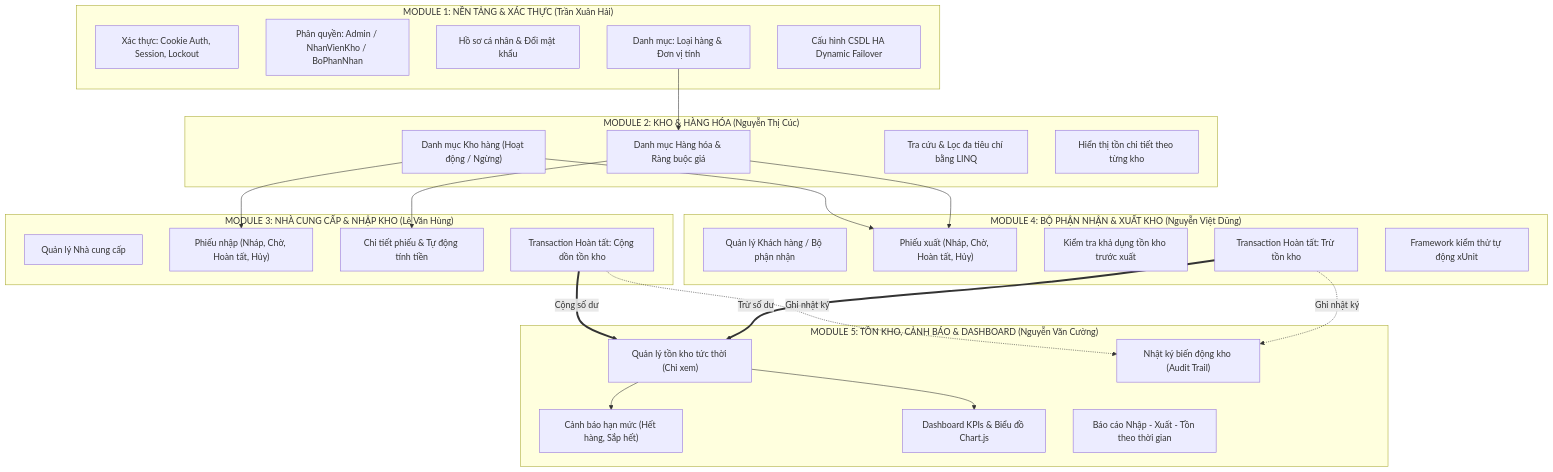
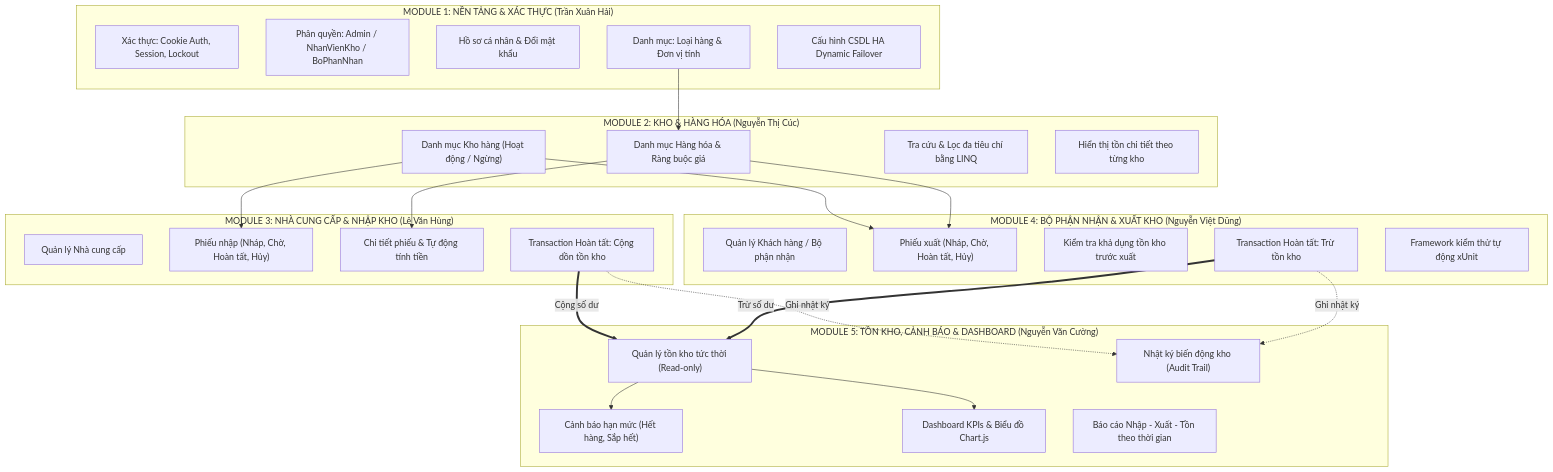
One commit to xuanhaivptthn/QuanLyKhoHang_UNETI01_TI17A3HN changed the first of 2 diagrams in README.md. Above: the diagram before and after it, drawn with Mermaid. The commit also changed other lines of this file and 11 other files, not shown here.

Commit message:
[23103100135-Trần Xuân Hải][Tài liệu] Bóc tách và chuẩn hóa README.md thành các tài liệu chuyên đề và module độc lập trong docs

````diff
--- a/README.md
+++ b/README.md
@@ -479,52 +48,52 @@
 ```mermaid
 graph TD
- subgraph M1["MODULE 1: NỀN TẢNG & XÁC THỰC (Trần Xuân Hải)"]
- M1_Auth["Xác thực: Cookie Auth, Session, Lockout"]
- M1_Role["Phân quyền: Admin / NhanVienKho / BoPhanNhan"]
- M1_Profile["Hồ sơ cá nhân & Đổi mật khẩu"]
- M1_Catalog["Danh mục: Loại hàng & Đơn vị tính"]
- M1_Failover["Cấu hình CSDL HA Dynamic Failover"]
- end
+    subgraph M1["MODULE 1: NỀN TẢNG & XÁC THỰC (Trần Xuân Hải)"]
+        M1_Auth["Xác thực: Cookie Auth, Session, Lockout"]
+        M1_Role["Phân quyền: Admin / NhanVienKho / BoPhanNhan"]
+        M1_Profile["Hồ sơ cá nhân & Đổi mật khẩu"]
+        M1_Catalog["Danh mục: Loại hàng & Đơn vị tính"]
+        M1_Failover["Cấu hình CSDL HA Dynamic Failover"]
+    end
 
- subgraph M2["MODULE 2: KHO & HÀNG HÓA (Nguyễn Thị Cúc)"]
- M2_Kho["Danh mục Kho hàng (Hoạt động / Ngừng)"]
- M2_HangHoa["Danh mục Hàng hóa & Ràng buộc giá"]
- M2_Search["Tra cứu & Lọc đa tiêu chí bằng LINQ"]
- M2_TonKhoTheoKho["Hiển thị tồn chi tiết theo từng kho"]
- end
+    subgraph M2["MODULE 2: KHO & HÀNG HÓA (Nguyễn Thị Cúc)"]
+        M2_Kho["Danh mục Kho hàng (Hoạt động / Ngừng)"]
+        M2_HangHoa["Danh mục Hàng hóa & Ràng buộc giá"]
+        M2_Search["Tra cứu & Lọc đa tiêu chí bằng LINQ"]
+        M2_TonKhoTheoKho["Hiển thị tồn chi tiết theo từng kho"]
+    end
 
- subgraph M3["MODULE 3: NHÀ CUNG CẤP & NHẬP KHO (Lê Văn Hùng)"]
- M3_NCC["Quản lý Nhà cung cấp"]
- M3_PhieuNhap["Phiếu nhập (Nháp, Chờ, Hoàn tất, Hủy)"]
- M3_ChiTiet["Chi tiết phiếu & Tự động tính tiền"]
- M3_CongTon["Transaction Hoàn tất: Cộng dồn tồn kho"]
- end
+    subgraph M3["MODULE 3: NHÀ CUNG CẤP & NHẬP KHO (Lê Văn Hùng)"]
+        M3_NCC["Quản lý Nhà cung cấp"]
+        M3_PhieuNhap["Phiếu nhập (Nháp, Chờ, Hoàn tất, Hủy)"]
+        M3_ChiTiet["Chi tiết phiếu & Tự động tính tiền"]
+        M3_CongTon["Transaction Hoàn tất: Cộng dồn tồn kho"]
+    end
 
- subgraph M4["MODULE 4: BỘ PHẬN NHẬN & XUẤT KHO (Nguyễn Việt Dũng)"]
- M4_BPN["Quản lý Khách hàng / Bộ phận nhận"]
- M4_PhieuXuat["Phiếu xuất (Nháp, Chờ, Hoàn tất, Hủy)"]
- M4_KiemTraTon["Kiểm tra khả dụng tồn kho trước xuất"]
- M4_TruTon["Transaction Hoàn tất: Trừ tồn kho"]
- M4_Testing["Framework kiểm thử tự động xUnit"]
- end
+    subgraph M4["MODULE 4: BỘ PHẬN NHẬN & XUẤT KHO (Nguyễn Việt Dũng)"]
+        M4_BPN["Quản lý Khách hàng / Bộ phận nhận"]
+        M4_PhieuXuat["Phiếu xuất (Nháp, Chờ, Hoàn tất, Hủy)"]
+        M4_KiemTraTon["Kiểm tra khả dụng tồn kho trước xuất"]
+        M4_TruTon["Transaction Hoàn tất: Trừ tồn kho"]
+        M4_Testing["Framework kiểm thử tự động xUnit"]
+    end
 
- subgraph M5["MODULE 5: TỒN KHO, CẢNH BÁO & DASHBOARD (Nguyễn Văn Cường)"]
- M5_TonKho["Quản lý tồn kho tức thời (Chỉ xem)"]
- M5_CanhBao["Cảnh báo hạn mức (Hết hàng, Sắp hết)"]
- M5_LichSu["Nhật ký biến động kho (Audit Trail)"]
- M5_Dashboard["Dashboard KPIs & Biểu đồ Chart.js"]
- M5_ThongKe["Báo cáo Nhập - Xuất - Tồn theo thời gian"]
- end
+    subgraph M5["MODULE 5: TỒN KHO, CẢNH BÁO & DASHBOARD (Nguyễn Văn Cường)"]
+        M5_TonKho["Quản lý tồn kho tức thời (Read-only)"]
+        M5_CanhBao["Cảnh báo hạn mức (Hết hàng, Sắp hết)"]
+        M5_LichSu["Nhật ký biến động kho (Audit Trail)"]
+        M5_Dashboard["Dashboard KPIs & Biểu đồ Chart.js"]
+        M5_ThongKe["Báo cáo Nhập - Xuất - Tồn theo thời gian"]
+    end
 
- M1_Catalog --> M2_HangHoa
- M2_Kho --> M3_PhieuNhap
- M2_Kho --> M4_PhieuXuat
- M2_HangHoa --> M3_ChiTiet
- M2_HangHoa --> M4_PhieuXuat
- M3_CongTon ==>|Cộng số dư| M5_TonKho
- M4_TruTon ==>|Trừ số dư| M5_TonKho
- M3_CongTon -.->|Ghi nhật ký| M5_LichSu
- M4_TruTon -.->|Ghi nhật ký| M5_LichSu
- M5_TonKho --> M5_CanhBao
- M5_TonKho --> M5_Dashboard
+    M1_Catalog --> M2_HangHoa
+    M2_Kho --> M3_PhieuNhap
+    M2_Kho --> M4_PhieuXuat
+    M2_HangHoa --> M3_ChiTiet
+    M2_HangHoa --> M4_PhieuXuat
+    M3_CongTon ==>|Cộng số dư| M5_TonKho
+    M4_TruTon ==>|Trừ số dư| M5_TonKho
+    M3_CongTon -.->|Ghi nhật ký| M5_LichSu
+    M4_TruTon -.->|Ghi nhật ký| M5_LichSu
+    M5_TonKho --> M5_CanhBao
+    M5_TonKho --> M5_Dashboard
 ```
````
